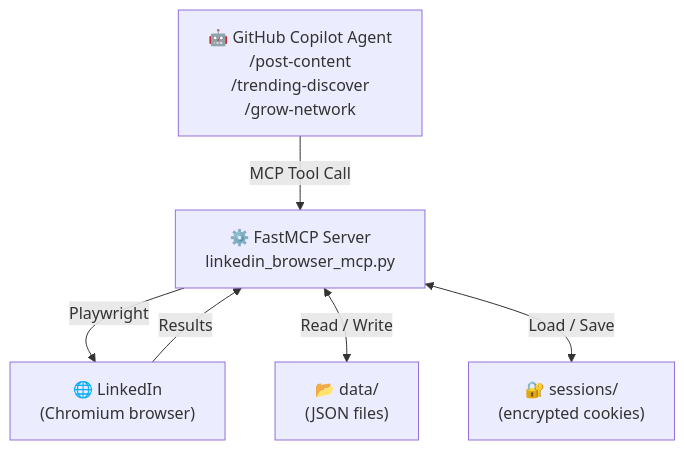
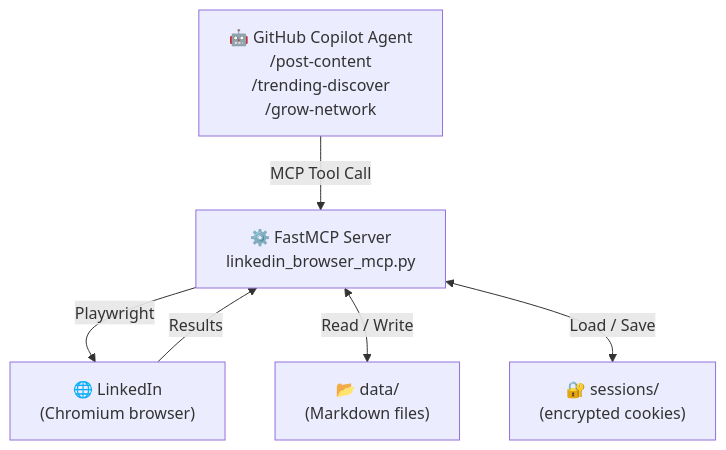
One commit to nived15/linkedin-helper changed the first of 6 diagrams in README.md. Above: the diagram before and after it, drawn with Mermaid. The commit also changed other lines of this file and 7 other files, not shown here.

First line of the commit message:
fix: update data file references from .json to .md and add missing MCP tools

````diff
--- a/README.md
+++ b/README.md
@@ -11,8 +11,8 @@
 ```mermaid
 flowchart TD
     A["🤖 GitHub Copilot Agent\n/post-content\n/trending-discover\n/grow-network"] -->|MCP Tool Call| B["⚙️ FastMCP Server\nlinkedin_browser_mcp.py"]
     B -->|Playwright| C["🌐 LinkedIn\n(Chromium browser)"]
-    B <-->|Read / Write| D["📂 data/\n(JSON files)"]
+    B <-->|Read / Write| D["📂 data/\n(Markdown files)"]
     B <-->|Load / Save| E["🔐 sessions/\n(encrypted cookies)"]
     C -->|Results| B
 ```
````
